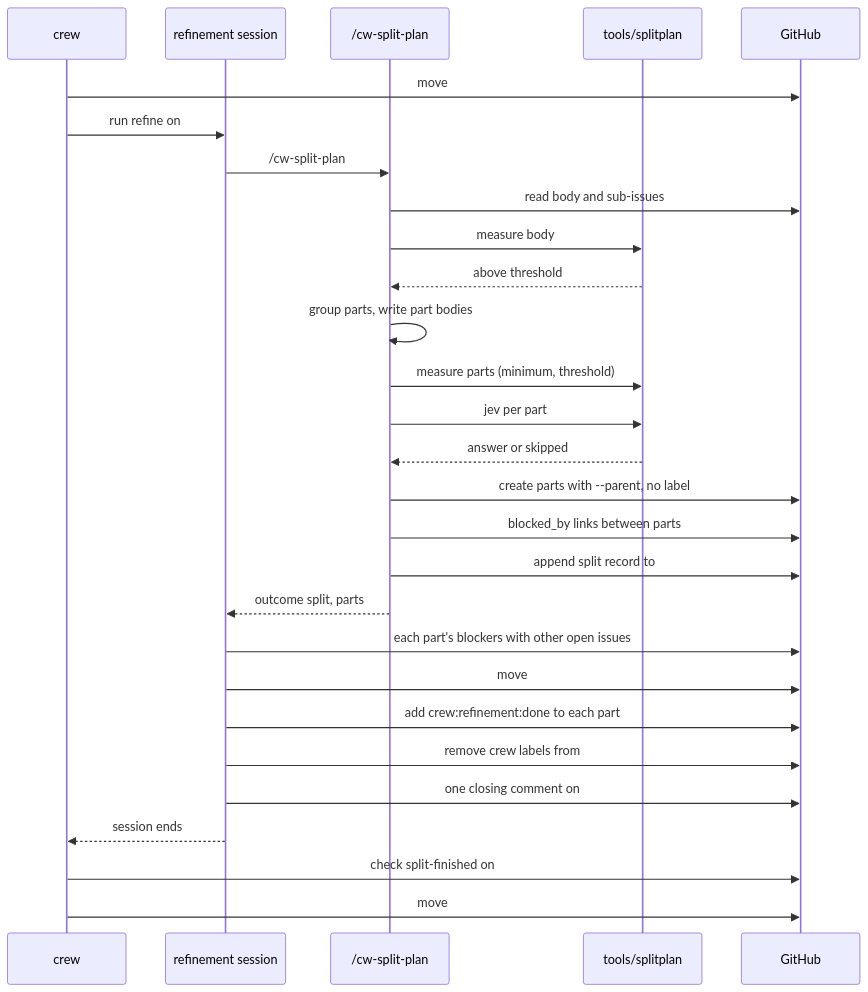
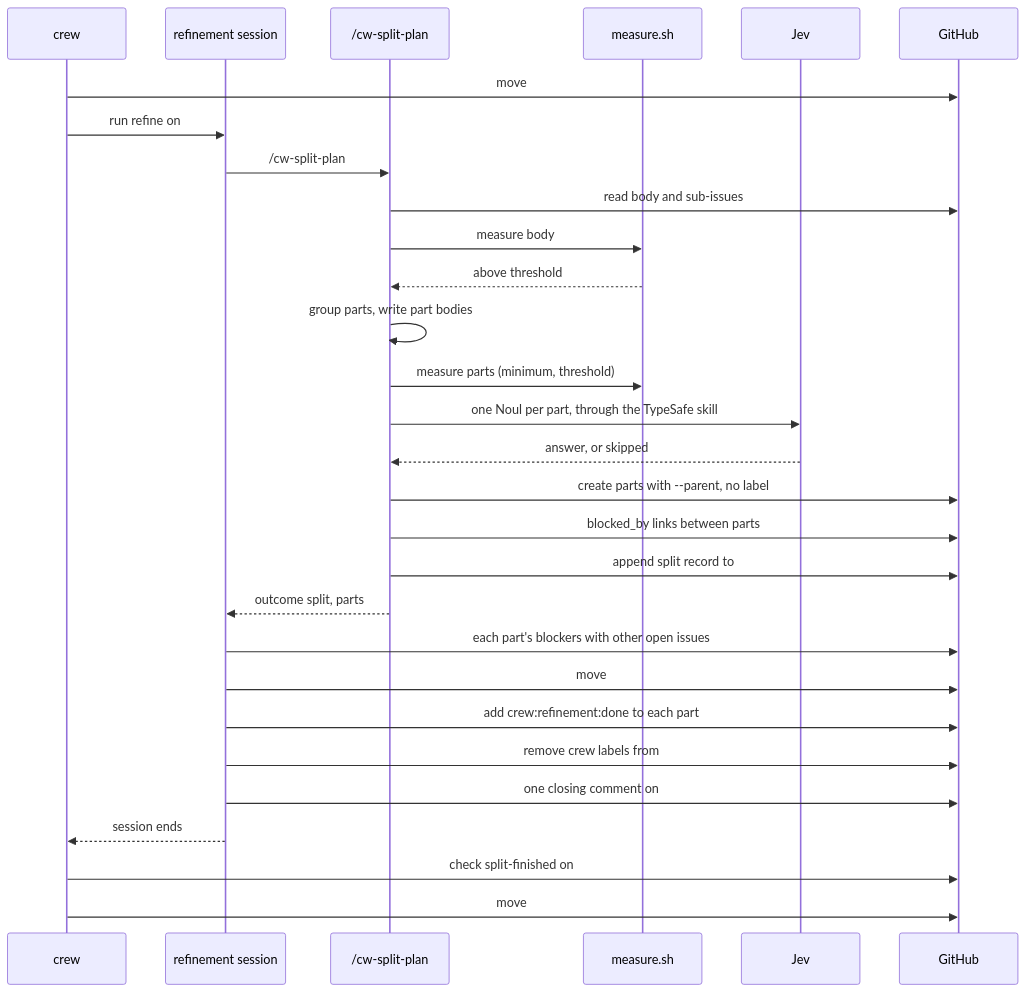
The diagram in docs/plans/2026-10-05-1519-feat-refinement-split-plan.md (thatsnotmynameio/crew), drawn with Mermaid before and after one commit. The commit also changed other lines of this file and 1 other file, not shown here.

First line of the commit message:
feat(skills): measure plans for /cw-split-plan

````diff
--- a/docs/plans/2026-10-05-1519-feat-refinement-split-plan.md
+++ b/docs/plans/2026-10-05-1519-feat-refinement-split-plan.md
@@ -179,30 +180,31 @@
 ```mermaid
 sequenceDiagram
   participant C as crew
   participant S as refinement session
   participant K as /cw-split-plan
-  participant T as tools/splitplan
+  participant T as measure.sh
+  participant J as Jev
   participant G as GitHub
   C->>G: move #N to crew:refinement:in progress
   C->>S: run refine on #N
   S->>K: /cw-split-plan #N
   K->>G: read body and sub-issues
   K->>T: measure body
   T-->>K: above threshold
   K->>K: group parts, write part bodies
   K->>T: measure parts (minimum, threshold)
-  K->>T: jev per part
-  T-->>K: answer or skipped
+  K->>J: one Noul per part, through the TypeSafe skill
+  J-->>K: answer, or skipped
   K->>G: create parts with --parent, no label
   K->>G: blocked_by links between parts
   K->>G: append split record to #N body
   K-->>S: outcome split, parts
   S->>G: each part's blockers with other open issues
   S->>G: move #N's dependencies to the parts
   S->>G: add crew:refinement:done to each part
   S->>G: remove crew labels from #N
   S->>G: one closing comment on #N
   S-->>C: session ends
   C->>G: check split-finished on #N passes
   C->>G: move #N to done finds it moved meanwhile, dropped
 ```
````
